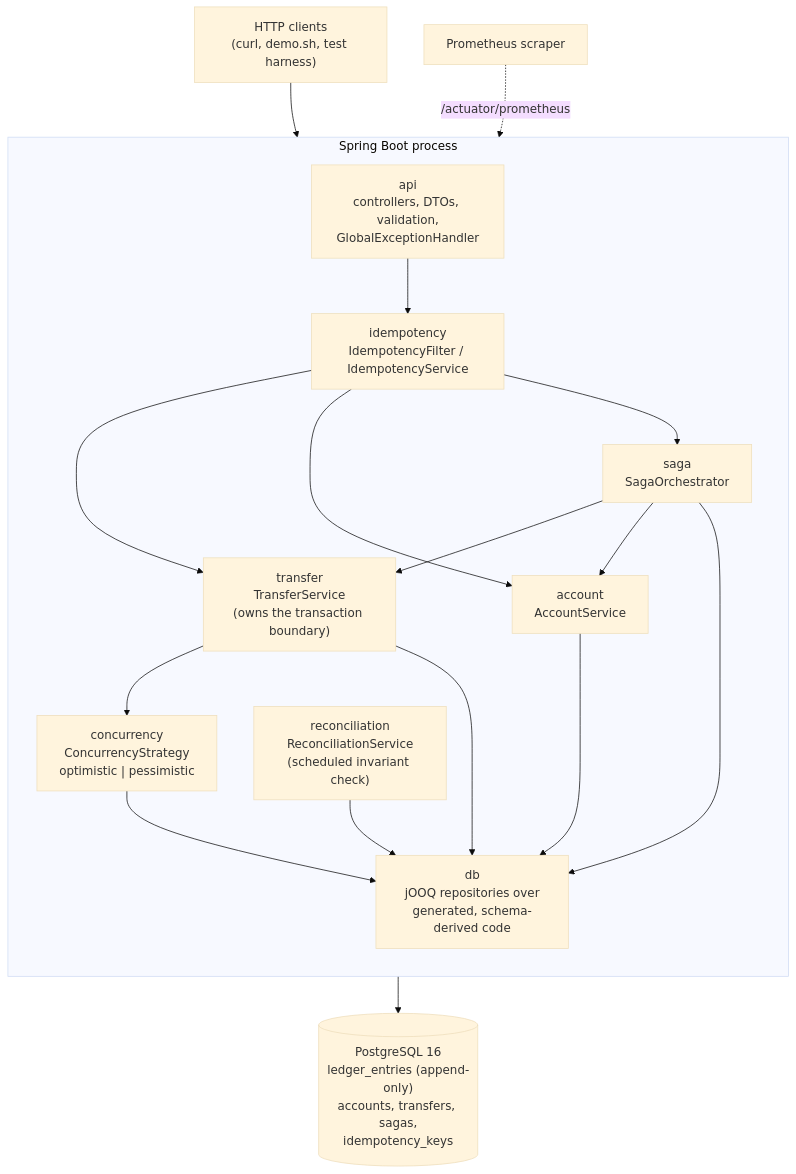
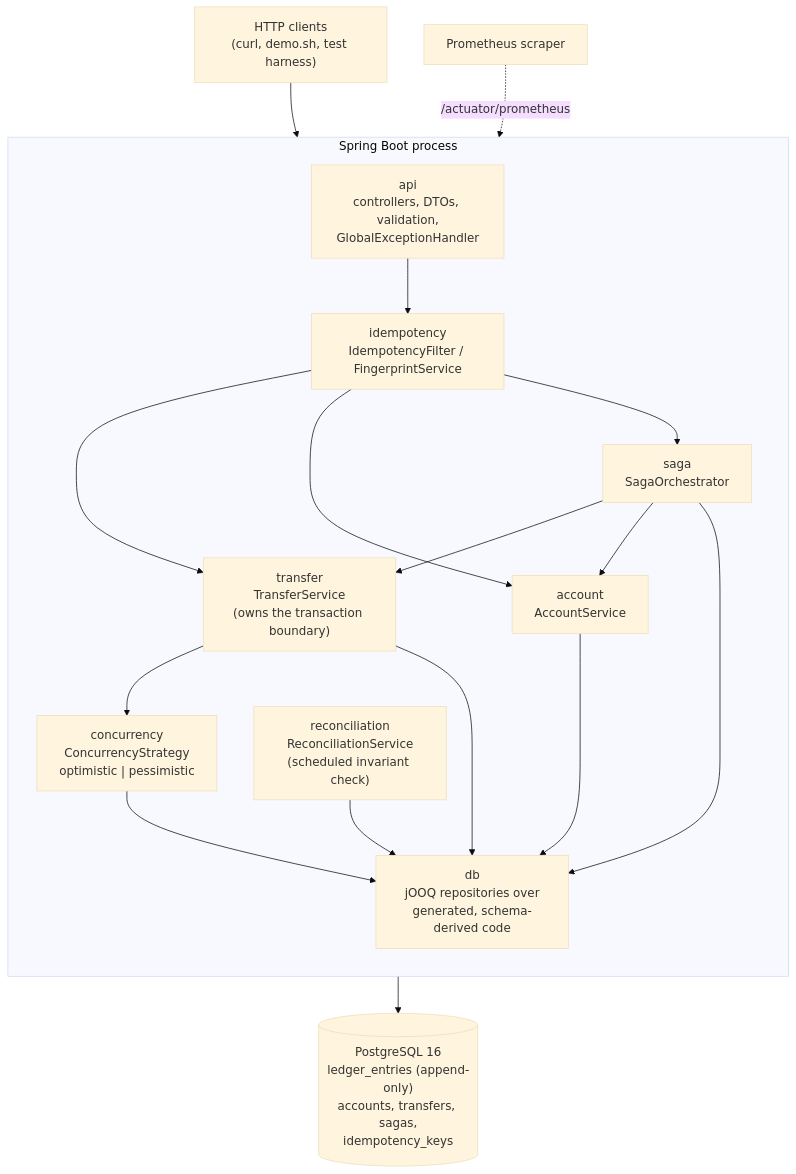
Before and after one commit to rkg209/Transactional-Payments-Ledger: the diagram in README.md, drawn with Mermaid (base theme). The commit also changed 19 other files, not shown here.

````diff
--- a/README.md
+++ b/README.md
@@ -50,36 +50,36 @@
 ```mermaid
 flowchart TB
     client["HTTP clients<br/>(curl, demo.sh, test harness)"]
     prom["Prometheus scraper"]
 
     subgraph app["Spring Boot process"]
         direction TB
         api["api<br/>controllers, DTOs, validation,<br/>GlobalExceptionHandler"]
-        idem["idempotency<br/>IdempotencyFilter / IdempotencyService"]
+        idem["idempotency<br/>IdempotencyFilter / FingerprintService"]
         transfer["transfer<br/>TransferService<br/>(owns the transaction boundary)"]
         account["account<br/>AccountService"]
         saga["saga<br/>SagaOrchestrator"]
         recon["reconciliation<br/>ReconciliationService<br/>(scheduled invariant check)"]
         conc["concurrency<br/>ConcurrencyStrategy<br/>optimistic | pessimistic"]
         db["db<br/>jOOQ repositories over<br/>generated, schema-derived code"]
 
         api --> idem
         idem --> transfer
         idem --> account
         idem --> saga
         transfer --> conc
         transfer --> db
         account --> db
         saga --> transfer
         saga --> account
         saga --> db
         recon --> db
         conc --> db
     end
 
     pg[("PostgreSQL 16<br/>ledger_entries (append-only)<br/>accounts, transfers, sagas,<br/>idempotency_keys")]
 
     client --> api
     prom -.->|"/actuator/prometheus"| api
     db --> pg
 ```
````
